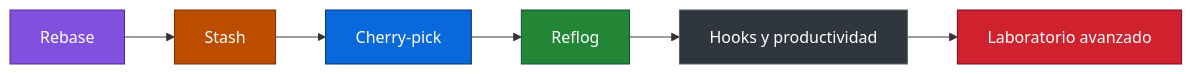
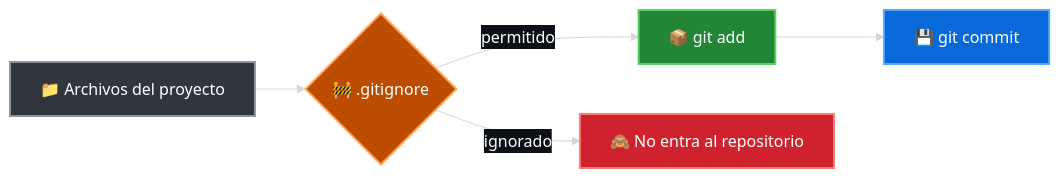
One commit to 7on2/curso-git-github-desde-cero changed diagram 20 of 23 in README.md. Above: the diagram before and after it, drawn with Mermaid. The commit also changed other lines of this file, not shown here.

Commit message:
Restaura README extendido del curso

````diff
--- a/README.md
+++ b/README.md
@@ -237,15 +1574,14 @@
 ```mermaid
+%%{init: {'theme': 'base', 'themeVariables': {'primaryTextColor': '#ffffff', 'secondaryTextColor': '#ffffff', 'tertiaryTextColor': '#ffffff', 'lineColor': '#d0d7de', 'edgeLabelBackground': '#0d1117', 'fontFamily': 'Arial'}}}%%
 flowchart LR
-    A["Rebase"] --> B["Stash"]
-    B --> C["Cherry-pick"]
-    C --> D["Reflog"]
-    D --> E["Hooks y productividad"]
-    E --> F["Laboratorio avanzado"]
+    Archivos[📁 Archivos del proyecto] --> Filtro{🚧 .gitignore}
+    Filtro -->|permitido| GitAdd[📦 git add]
+    Filtro -->|ignorado| Fuera[🙈 No entra al repositorio]
+    GitAdd --> Commit[💾 git commit]
 
-    style A fill:#8250df,stroke:#512a97,color:#ffffff
-    style B fill:#bc4c00,stroke:#7d2d00,color:#ffffff
-    style C fill:#0969da,stroke:#0a3069,color:#ffffff
-    style D fill:#238636,stroke:#0f5132,color:#ffffff
-    style E fill:#30363d,stroke:#57606a,color:#ffffff
-    style F fill:#cf222e,stroke:#82071e,color:#ffffff
+    style Archivos fill:#30363d,stroke:#8b949e,stroke-width:2px,color:#ffffff
+    style Filtro fill:#bc4c00,stroke:#ffa657,stroke-width:2px,color:#ffffff
+    style GitAdd fill:#238636,stroke:#56d364,stroke-width:2px,color:#ffffff
+    style Fuera fill:#cf222e,stroke:#ff7b72,stroke-width:2px,color:#ffffff
+    style Commit fill:#0969da,stroke:#58a6ff,stroke-width:2px,color:#ffffff
 ```
````
